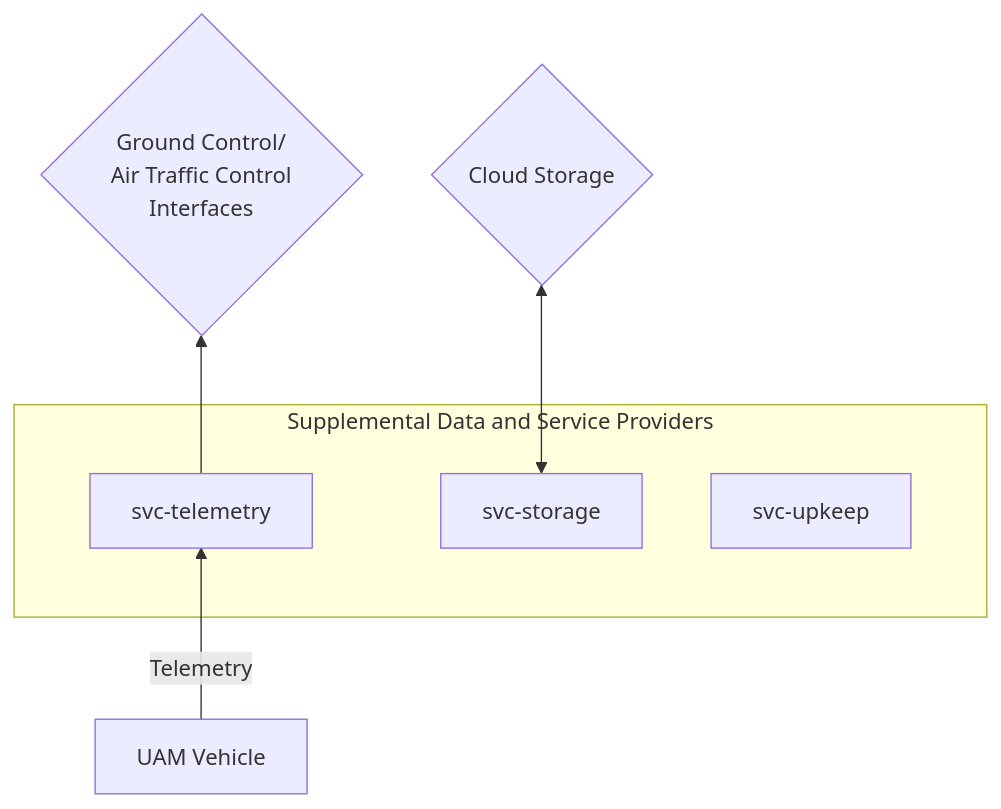
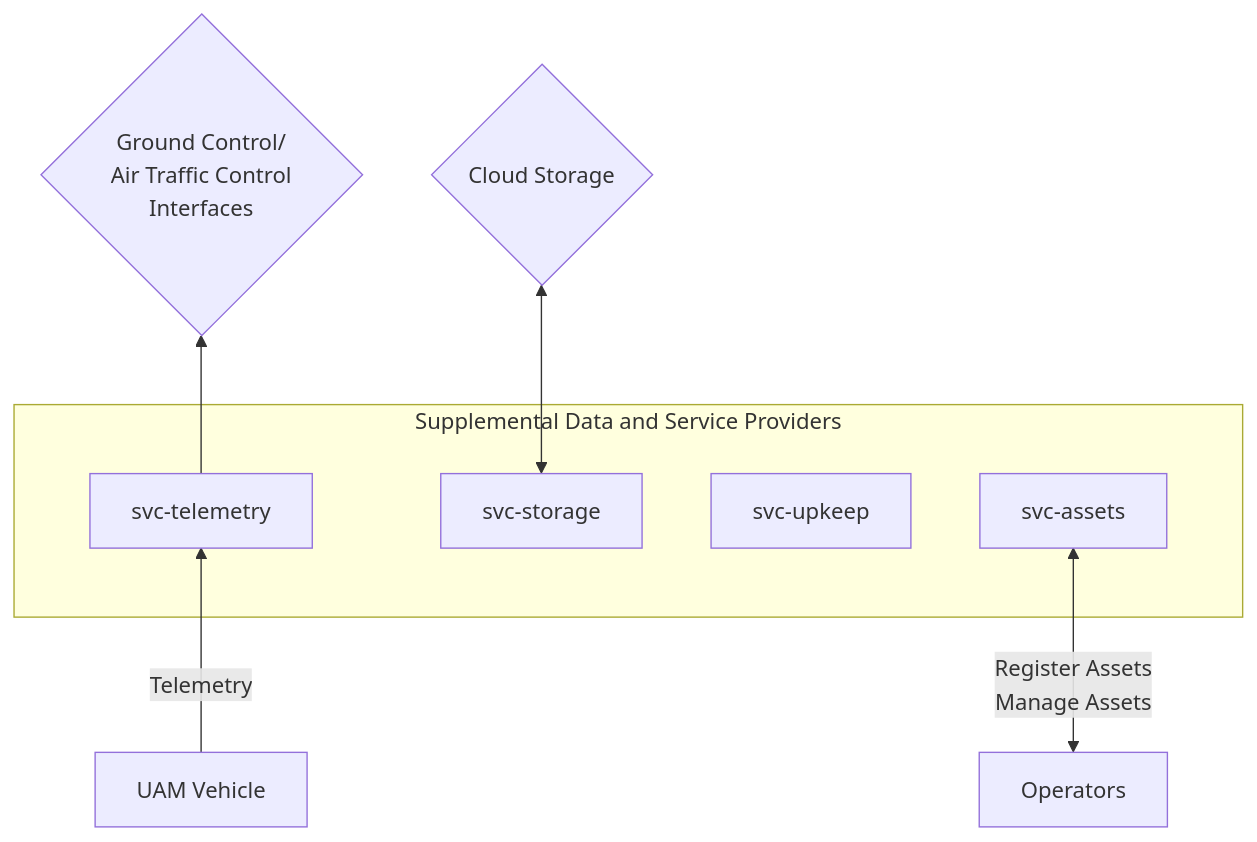
One commit to aetheric-oss/se-services changed the fifth of 6 diagrams in docs/conops.md. Above: the diagram before and after it, drawn with Mermaid. The commit also changed other lines of this file and 4 other files, not shown here.

````diff
--- a/docs/conops.md
+++ b/docs/conops.md
@@ -231,19 +266,20 @@
 ```mermaid
 flowchart BT
 classDef subgraph_padding fill:none,stroke:none
 
 subgraph Supplemental Data and Service Providers
 subgraph p [ ]
 	stor[svc-storage]
 	tlm[svc-telemetry]
 	upk[svc-upkeep]
+  assets[svc-assets]
 end
 end
 
 gcs{Ground Control/<br>Air Traffic Control<br>Interfaces}
 vehicle[UAM Vehicle] -- Telemetry --> tlm
 stor <--> cloud{Cloud Storage}
 tlm --> gcs
-
+Operators <-- Register Assets<br>Manage Assets --> assets
 class p subgraph_padding
 ```
````
